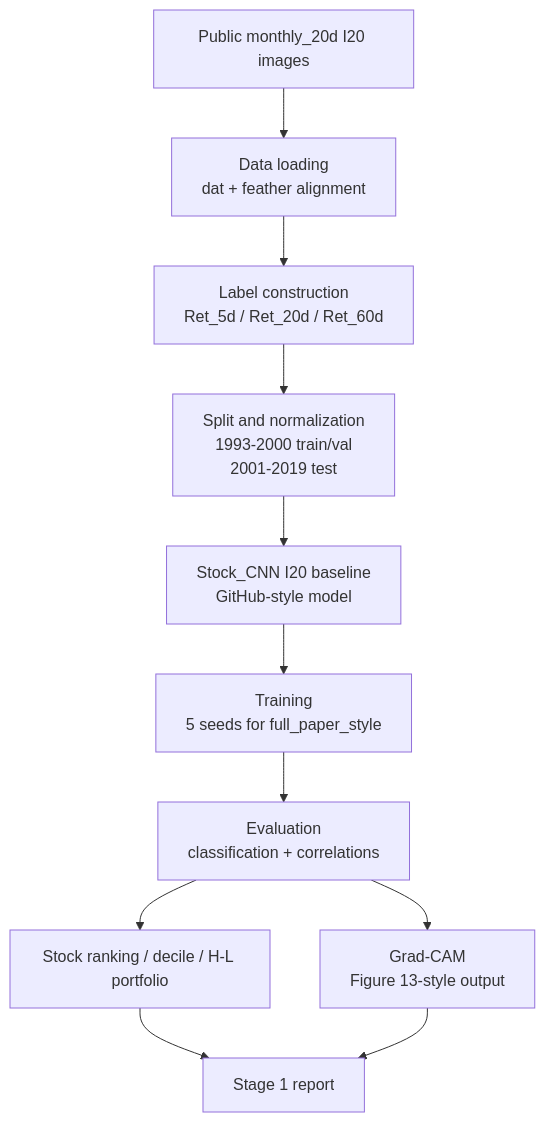
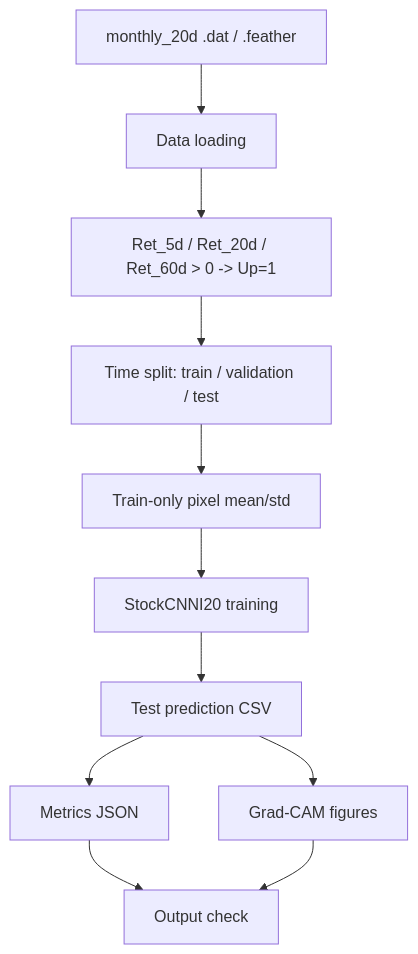
The first of 2 diagrams in stage1_reimage_reproduction/workflow_diagram.md (Jaehyeon-Jeong/Thesis), drawn with Mermaid before and after one commit. The commit also changed other lines of this file and 21 other files, not shown here.

````diff
--- a/stage1_reimage_reproduction/workflow_diagram.md
+++ b/stage1_reimage_reproduction/workflow_diagram.md
@@ -5,13 +8,13 @@
 ```mermaid
 flowchart TD
-    A[Public monthly_20d I20 images] --> B[Data loading<br/>dat + feather alignment]
-    B --> C[Label construction<br/>Ret_5d / Ret_20d / Ret_60d]
-    C --> D[Split and normalization<br/>1993-2000 train/val<br/>2001-2019 test]
-    D --> E[Stock_CNN I20 baseline<br/>GitHub-style model]
-    E --> F[Training<br/>5 seeds for full_paper_style]
-    F --> G[Evaluation<br/>classification + correlations]
-    G --> H[Stock ranking / decile / H-L portfolio]
-    G --> I[Grad-CAM<br/>Figure 13-style output]
-    H --> J[Stage 1 report]
+    A["monthly_20d .dat / .feather"] --> B["Data loading"]
+    B --> C["Ret_5d / Ret_20d / Ret_60d > 0 -> Up=1"]
+    C --> D["Time split: train / validation / test"]
+    D --> E["Train-only pixel mean/std"]
+    E --> F["StockCNNI20 training"]
+    F --> G["Test prediction CSV"]
+    G --> H["Metrics JSON"]
+    G --> I["Grad-CAM figures"]
+    H --> J["Output check"]
     I --> J
 ```
````
